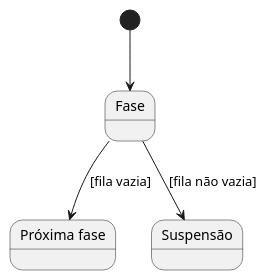
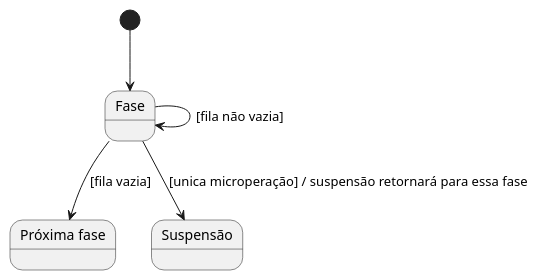
Before and after one commit to ThiagoCamposTN/MicroSim: the diagram in diagramas/unica_microoperacao.puml, drawn with PlantUML. The commit also changed 5 other files, not shown here.

```diff
--- a/diagramas/unica_microoperacao.puml
+++ b/diagramas/unica_microoperacao.puml
@@ -1,10 +1,11 @@
 @startuml ÚnicaMicrooperação
 
 state "Próxima fase" as ProxFase
 
 [*] --> Fase
 
-Fase --> Suspensão   : [fila não vazia]
-Fase --> ProxFase    : [fila vazia]
+Fase --> Suspensão  : [unica microperação] / suspensão retornará para essa fase
+Fase --> ProxFase   : [fila vazia]
+Fase --> Fase       : [fila não vazia]
 
 @enduml
```
